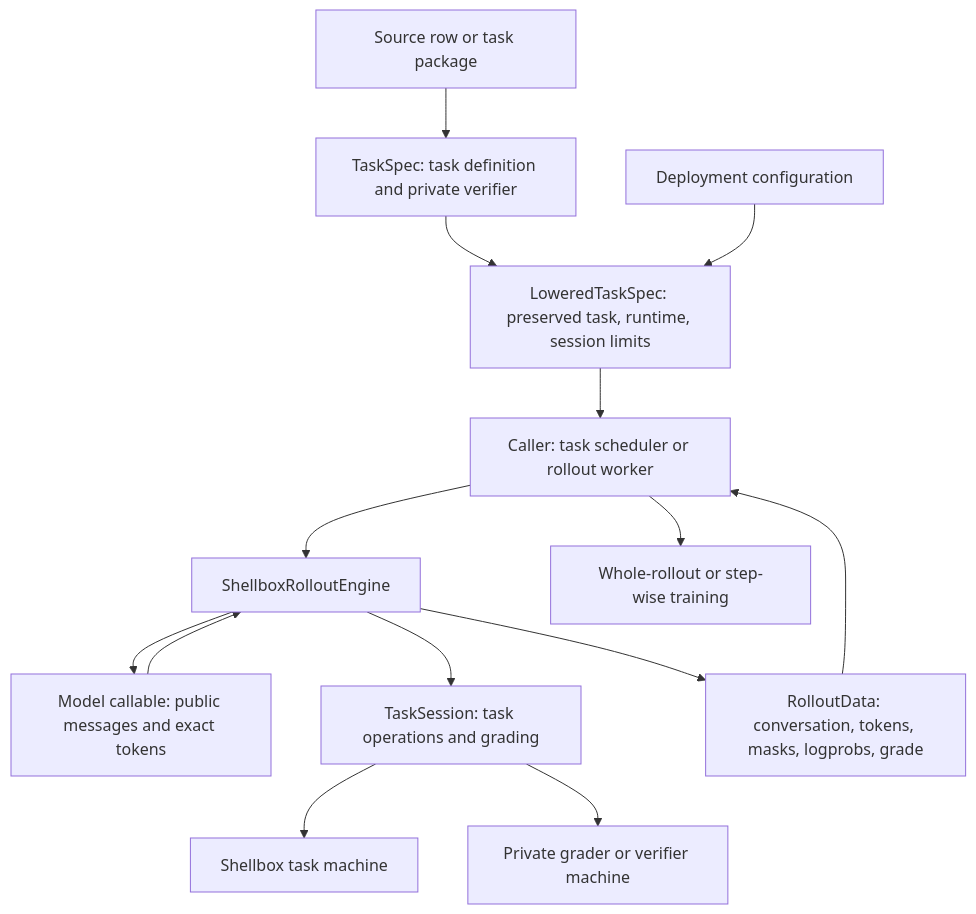
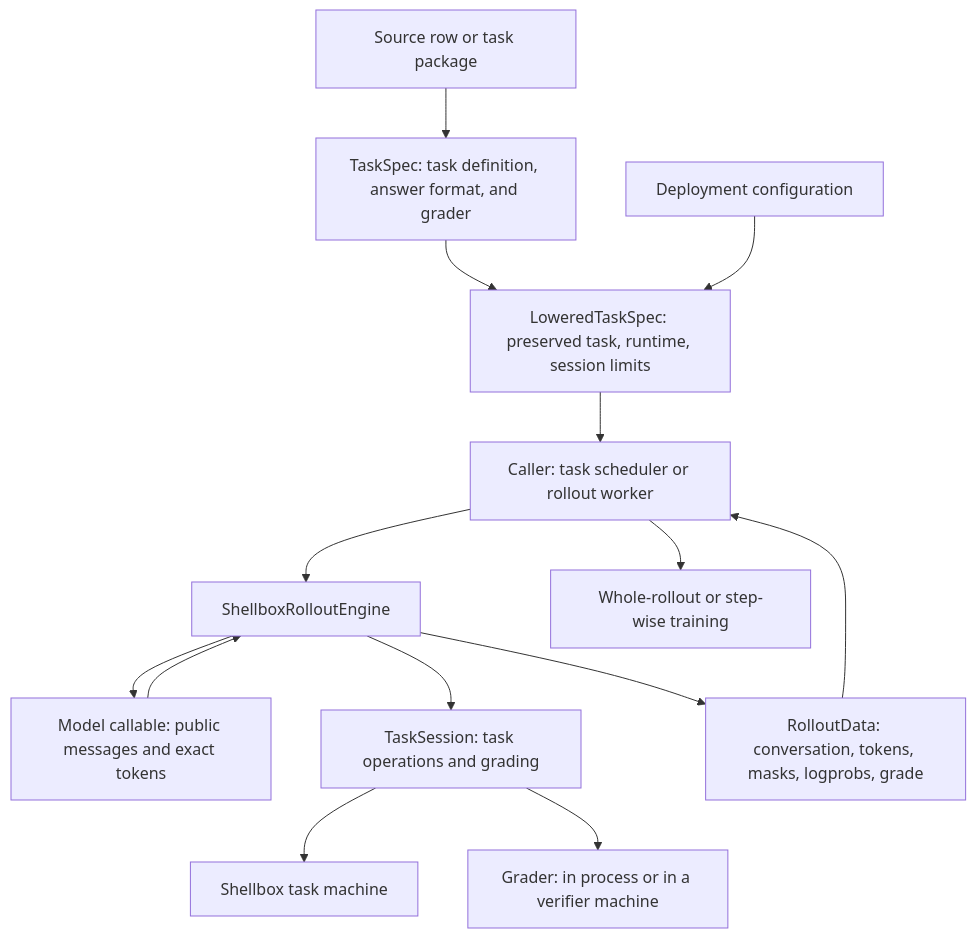
One commit to marin-community/marin changed the diagram in docs/references/task-rollouts.md. Above: the diagram before and after it, drawn with Mermaid. The commit also changed other lines of this file and 119 other files, not shown here.

First line of the commit message:
[taskcompendium] Replace the string verifier kind with a typed grader union

````diff
--- a/docs/references/task-rollouts.md
+++ b/docs/references/task-rollouts.md
@@ -9,16 +9,16 @@
 ```mermaid
 flowchart TD
-    Source[Source row or task package] --> Task[TaskSpec: task definition and private verifier]
+    Source[Source row or task package] --> Task[TaskSpec: task definition, answer format, and grader]
     Task --> Lower[LoweredTaskSpec: preserved task, runtime, session limits]
     Config[Deployment configuration] --> Lower
     Lower --> Worker[Caller: task scheduler or rollout worker]
     Worker --> Engine[ShellboxRolloutEngine]
     Engine --> Model[Model callable: public messages and exact tokens]
     Model --> Engine
     Engine --> Session[TaskSession: task operations and grading]
     Session --> Machine[Shellbox task machine]
-    Session --> Grader[Private grader or verifier machine]
+    Session --> Grader[Grader: in process or in a verifier machine]
     Engine --> Record[RolloutData: conversation, tokens, masks, logprobs, grade]
     Record --> Worker
     Worker --> Train[Whole-rollout or step-wise training]
 ```
````
